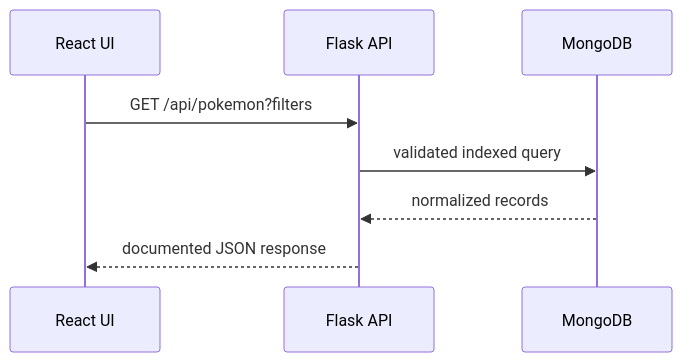
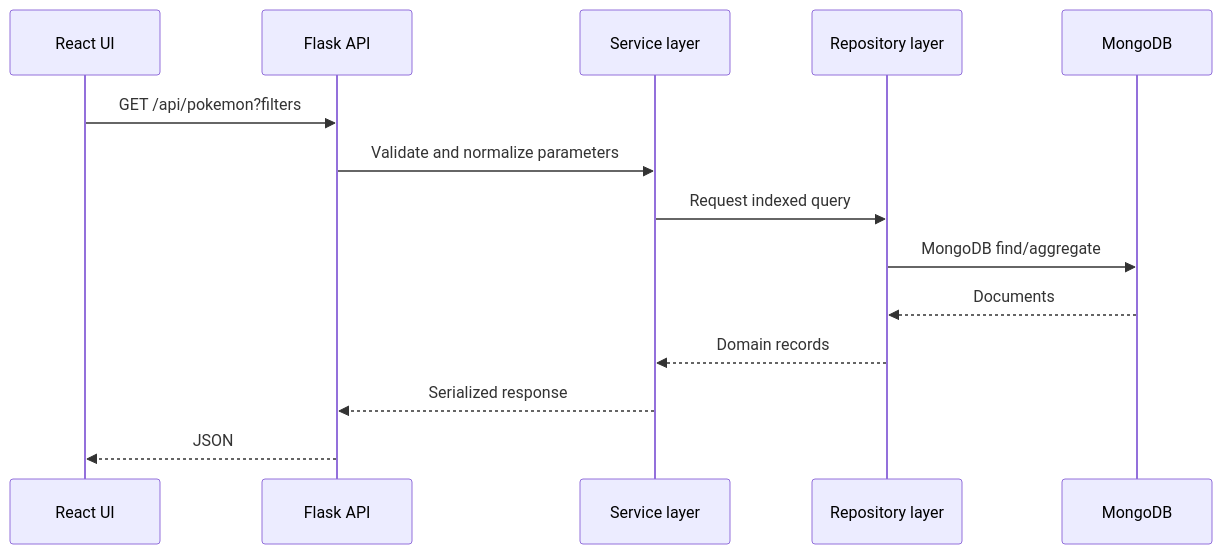
The second of 4 diagrams in docs/ARCHITECTURE.md (la3679/Pok-dex), drawn with Mermaid before and after one commit. The commit also changed other lines of this file and 54 other files, not shown here.

````diff
--- a/docs/ARCHITECTURE.md
+++ b/docs/ARCHITECTURE.md
@@ -20,10 +52,16 @@
 ```mermaid
 sequenceDiagram
   participant UI as React UI
   participant API as Flask API
+  participant Service as Service layer
+  participant Repo as Repository layer
   participant DB as MongoDB
   UI->>API: GET /api/pokemon?filters
-  API->>DB: validated indexed query
-  DB-->>API: normalized records
-  API-->>UI: documented JSON response
+  API->>Service: Validate and normalize parameters
+  Service->>Repo: Request indexed query
+  Repo->>DB: MongoDB find/aggregate
+  DB-->>Repo: Documents
+  Repo-->>Service: Domain records
+  Service-->>API: Serialized response
+  API-->>UI: JSON
 ```
````
